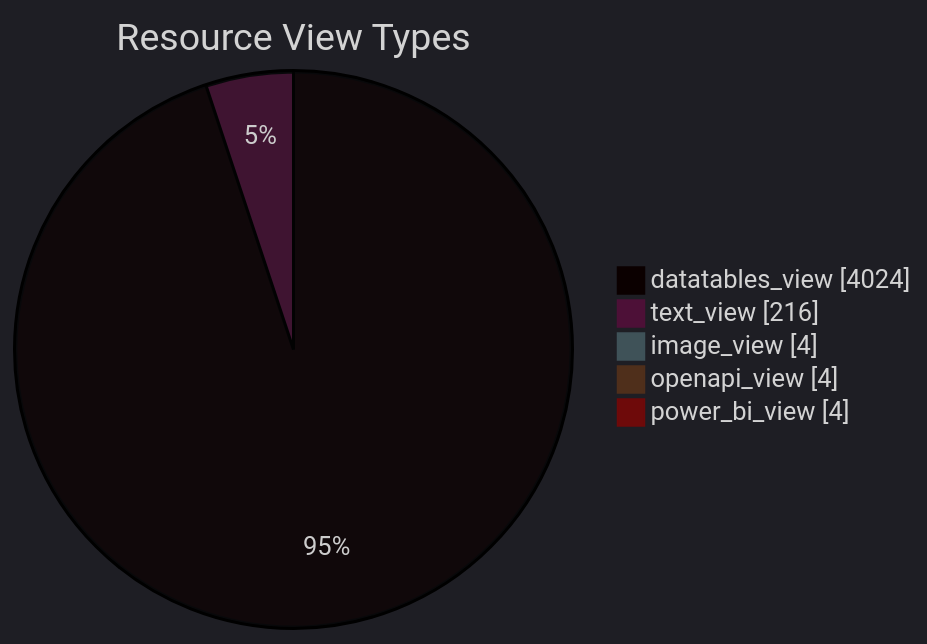
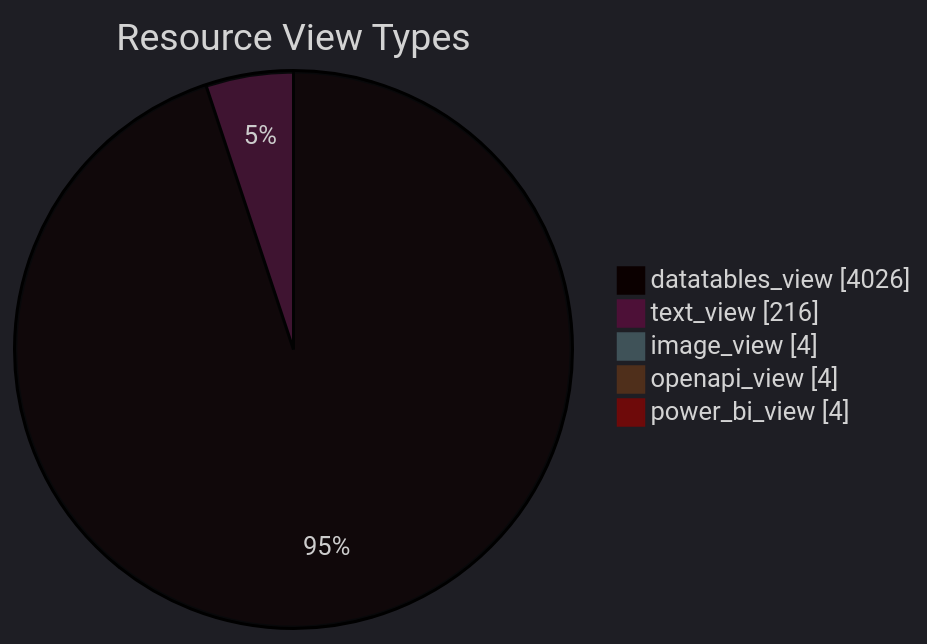
The diagram in datastore_tracker/resource_view_types_pie_chart.md (open-data/analytics-corporate-reporting), drawn with Mermaid before and after one commit. The commit also changed 9 other files, not shown here.

````diff
--- a/datastore_tracker/resource_view_types_pie_chart.md
+++ b/datastore_tracker/resource_view_types_pie_chart.md
@@ -2,12 +2,12 @@
 ```mermaid
 ---
 config:
   theme: dark
 ---
 pie showData title Resource View Types
-    "datatables_view": 4024
+    "datatables_view": 4026
     "text_view": 216
     "image_view": 4
     "openapi_view": 4
     "power_bi_view": 4
 ```
````
